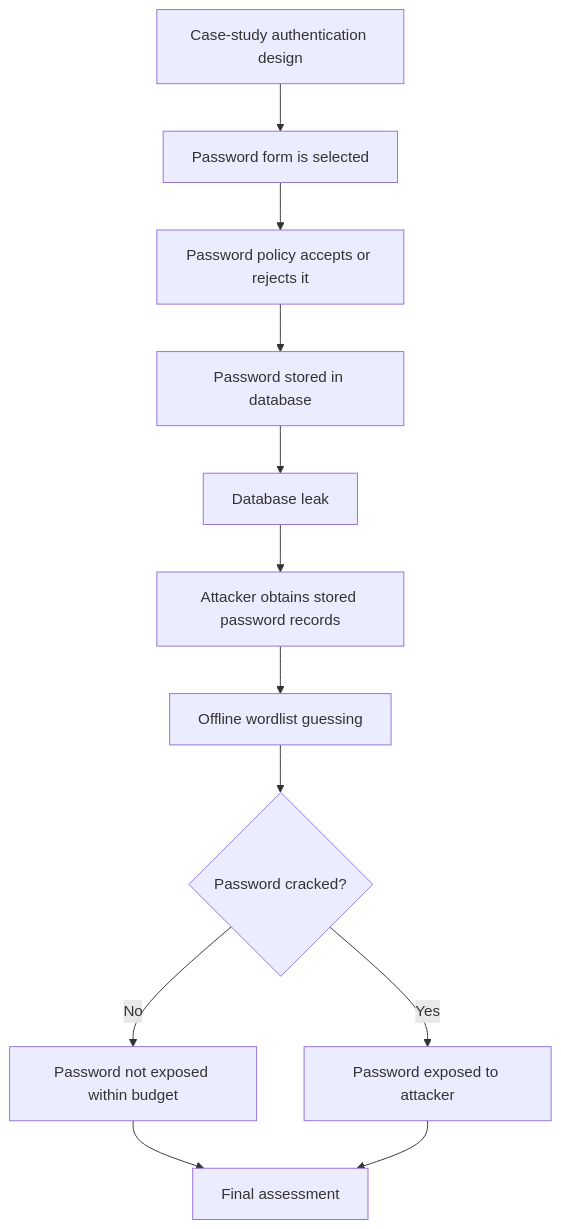
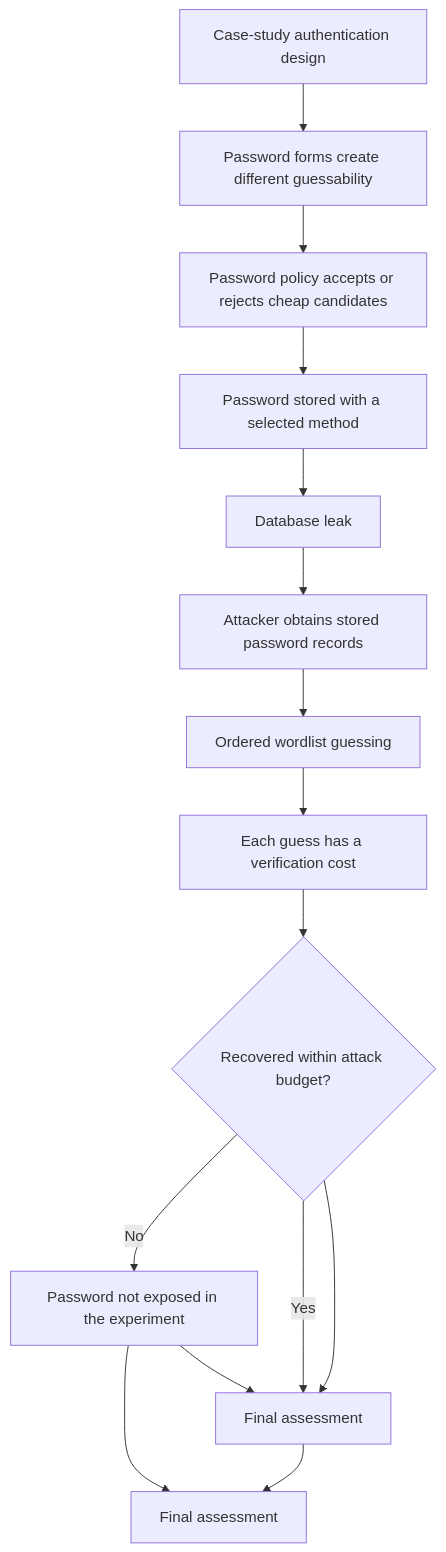
One commit to shldo/password-auth-security-analysis changed the diagram in docs/threat-model.md. Above: the diagram before and after it, drawn with Mermaid. The commit also changed other lines of this file and 14 other files, not shown here.

Commit message:
refocus project around offline attack cost

````diff
--- a/docs/threat-model.md
+++ b/docs/threat-model.md
@@ -38,14 +39,17 @@
 ```mermaid
 flowchart TD
-    A["Case-study authentication design"] --> B["Password form is selected"]
-    B --> C["Password policy accepts or rejects it"]
-    C --> D["Password stored in database"]
+    A["Case-study authentication design"] --> B["Password forms create different guessability"]
+    B --> C["Password policy accepts or rejects cheap candidates"]
+    C --> D["Password stored with a selected method"]
     D --> E["Database leak"]
     E --> F["Attacker obtains stored password records"]
-    F --> G["Offline wordlist guessing"]
-    G --> H{"Password cracked?"}
-    H -->|No| I["Password not exposed within budget"]
-    H -->|Yes| J["Password exposed to attacker"]
+    F --> G["Ordered wordlist guessing"]
+    G --> H["Each guess has a verification cost"]
+    H --> I{"Recovered within attack budget?"}
+    I -->|No| J["Password not exposed in the experiment"]
+    I -->|Yes| K["Password exposed to attacker"]
+    J --> L["Final assessment"]
+    K --> L
     I --> K["Final assessment"]
     J --> K
 ```
````
